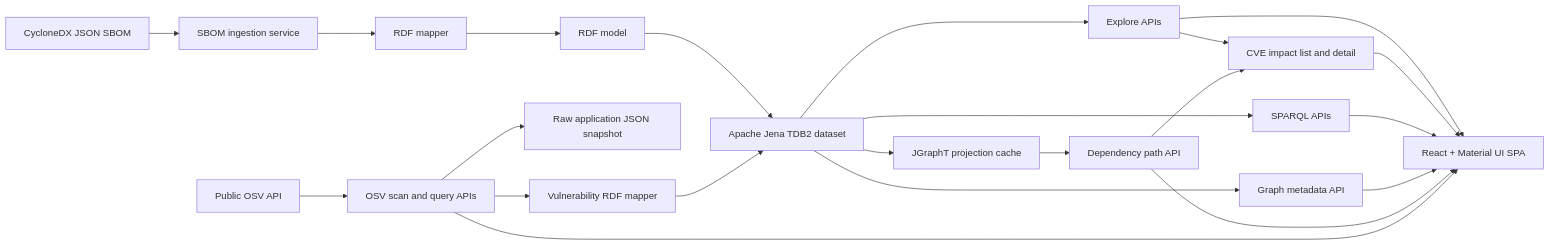
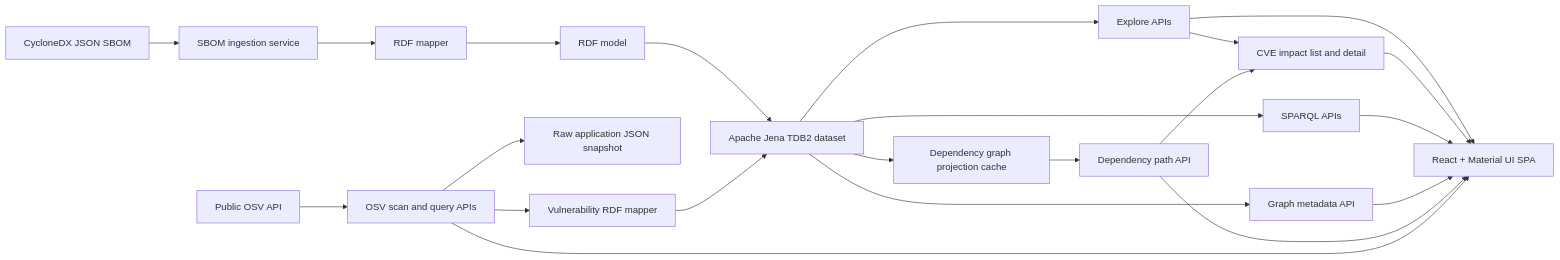
Before and after one commit to pkjPathania/dependency-risk-graph: the diagram in README.md, drawn with Mermaid. The commit also changed other lines of this file and 25 other files, not shown here.

````diff
--- a/README.md
+++ b/README.md
@@ -51,24 +51,24 @@
 ```mermaid
 flowchart LR
     SBOM[CycloneDX JSON SBOM] --> Ingest[SBOM ingestion service]
     Ingest --> Mapper[RDF mapper]
     Mapper --> RDF[RDF model]
     RDF --> Jena[Apache Jena TDB2 dataset]
     Jena --> Explore[Explore APIs]
     Explore --> Impact[CVE impact list and detail]
     Jena --> Sparql[SPARQL APIs]
     Jena --> Metadata[Graph metadata API]
-    Jena --> Index[JGraphT projection cache]
+    Jena --> Index[Dependency graph projection cache]
     Index --> Path[Dependency path API]
     Path --> Impact
     Explore --> UI[React + Material UI SPA]
     Impact --> UI
     Sparql --> UI
     Metadata --> UI
     Path --> UI
     OSV[Public OSV API] --> Osv[OSV scan and query APIs]
     Osv --> Snapshot[Raw application JSON snapshot]
     Osv --> VulnMap[Vulnerability RDF mapper]
     VulnMap --> Jena
     Osv --> UI
 ```
````
